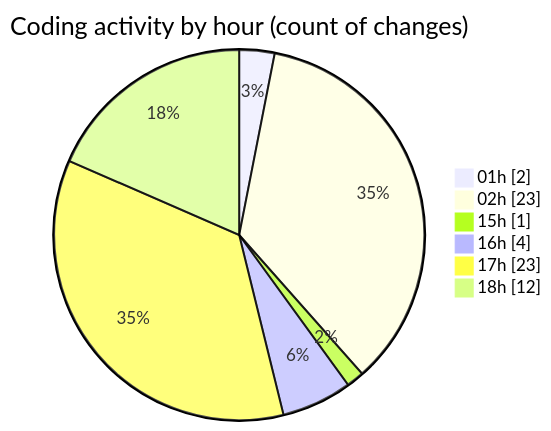
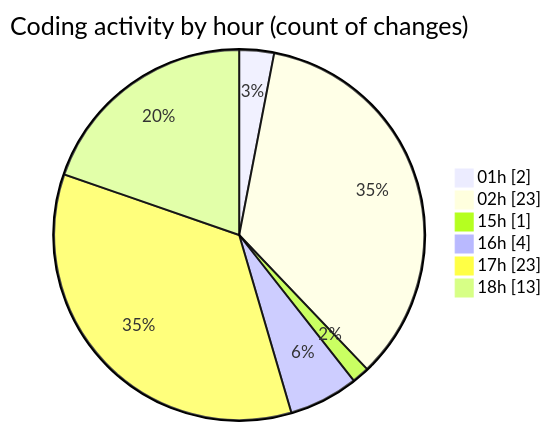
Before and after one commit to mevix1/code-tracking: the second of 2 diagrams in 2025-10-01/open-health/README.md, drawn with Mermaid. The commit also changed other lines of this file and 1 other file, not shown here.

````diff
--- a/2025-10-01/open-health/README.md
+++ b/2025-10-01/open-health/README.md
@@ -70,10 +71,10 @@
 ```mermaid
 pie showData
 title Coding activity by hour (count of changes)
 "01h" : 2
 "02h" : 23
 "15h" : 1
 "16h" : 4
 "17h" : 23
-"18h" : 12
+"18h" : 13
 ```
````
